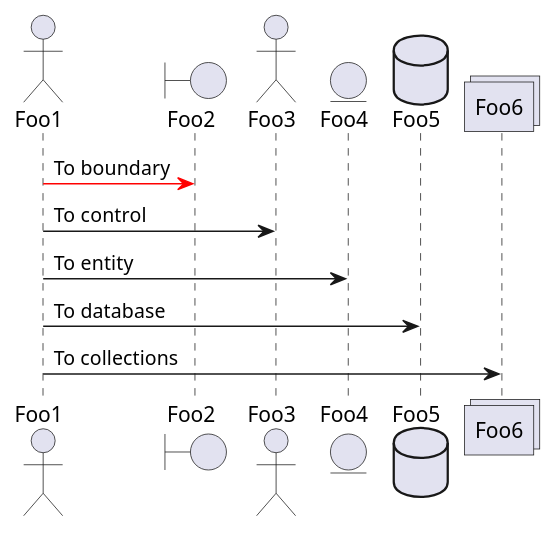
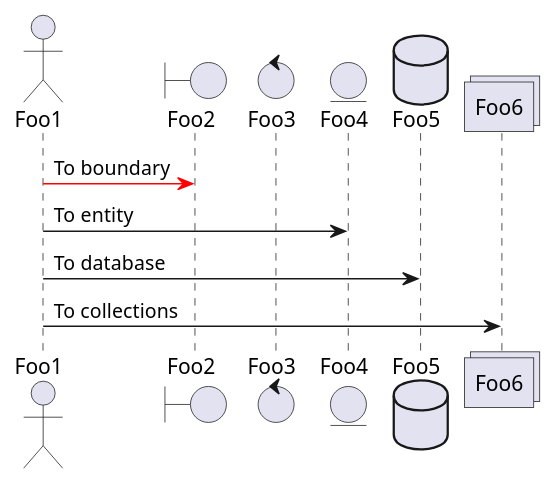
One commit to mykolenkomitya/uml changed the diagram in 5.puml. Above: the diagram before and after it, drawn with PlantUML. The commit also changed 5 other files, not shown here.

```diff
--- a/5.puml
+++ b/5.puml
@@ -1,14 +1,12 @@
 @startuml
 actor Foo1
-actor Foo3
 boundary Foo2
 control Foo3
 entity Foo4
 database Foo5
 collections Foo6
 Foo1 -[#red]> Foo2 : To boundary
-Foo1 -> Foo3 : To control
 Foo1 -> Foo4 : To entity
 Foo1 -> Foo5 : To database
 Foo1 -> Foo6 : To collections
 @enduml
```
